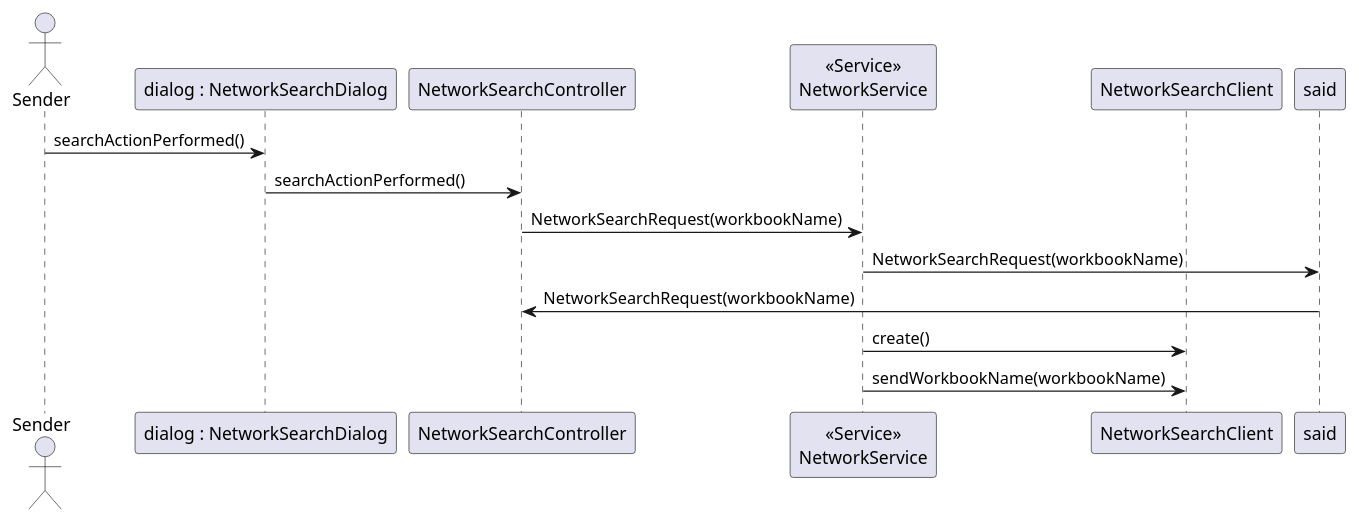
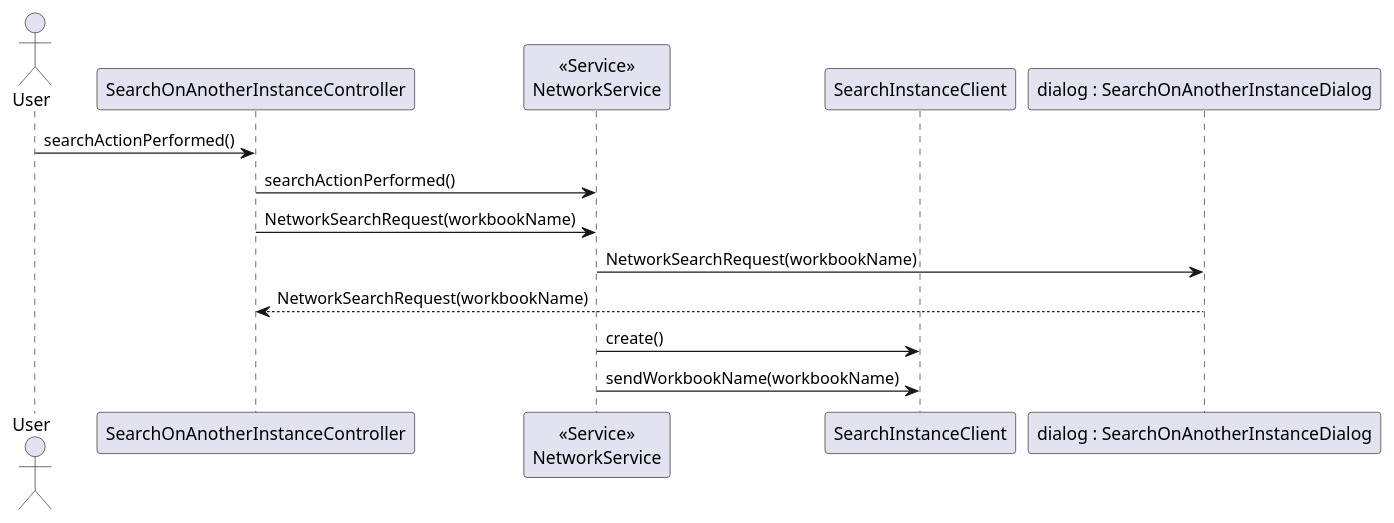
Before and after one commit to 1130348/Confusao: the diagram in src/csheets/userstories/ipc03_02/network_search/i130386/sequence_diagram.puml, drawn with PlantUML. The commit also changed 2 other files, not shown here.

```diff
--- a/src/csheets/userstories/ipc03_02/network_search/i130386/sequence_diagram.puml
+++ b/src/csheets/userstories/ipc03_02/network_search/i130386/sequence_diagram.puml
@@ -1,15 +1,16 @@
 @startuml doc-files/sequence_diagram.png
-actor Sender as user
-participant "dialog : NetworkSearchDialog" as nsd
-participant "NetworkSearchController" as nscc
+actor User as user
+participant "dialog : SearchOnAnotherInstanceDialog" as said
+participant "SearchOnAnotherInstanceController" as saic
 participant "<<Service>>\nNetworkService" as net
-participant "NetworkSearchClient" as nsc
-user -> nsd : searchActionPerformed()
-nsd -> nscc : searchActionPerformed()
-nscc -> net : NetworkSearchRequest(workbookName)
+participant "SearchInstanceClient" as nic
+participant "Servi" as said
+user -> saic : searchActionPerformed()
+saic -> net : searchActionPerformed()
+saic -> net : NetworkSearchRequest(workbookName)
 net -> said : NetworkSearchRequest(workbookName)
-said -> nscc : NetworkSearchRequest(workbookName)
+said --> saic : NetworkSearchRequest(workbookName)
 
-net -> nsc : create()
-net -> nsc : sendWorkbookName(workbookName)
+net -> nic : create()
+net -> nic : sendWorkbookName(workbookName)
 @enduml
```
